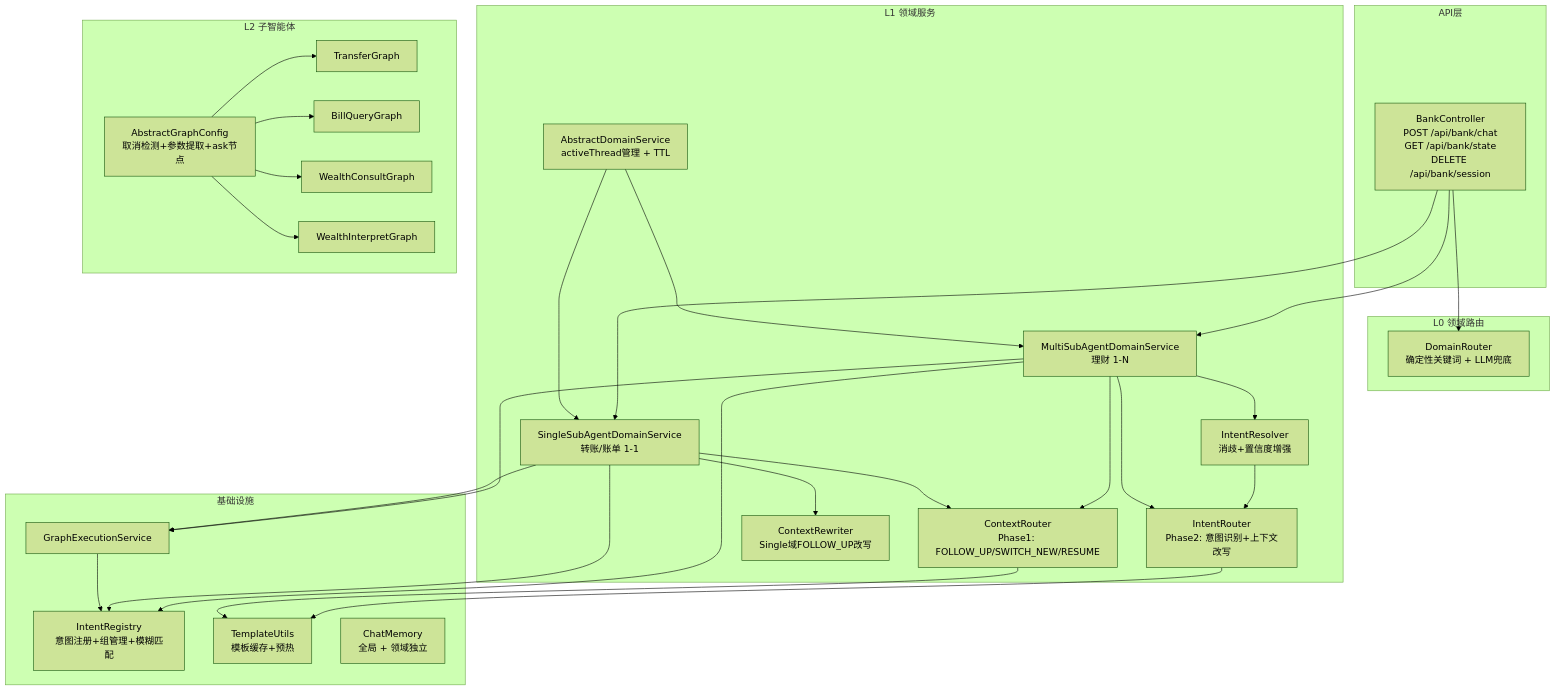
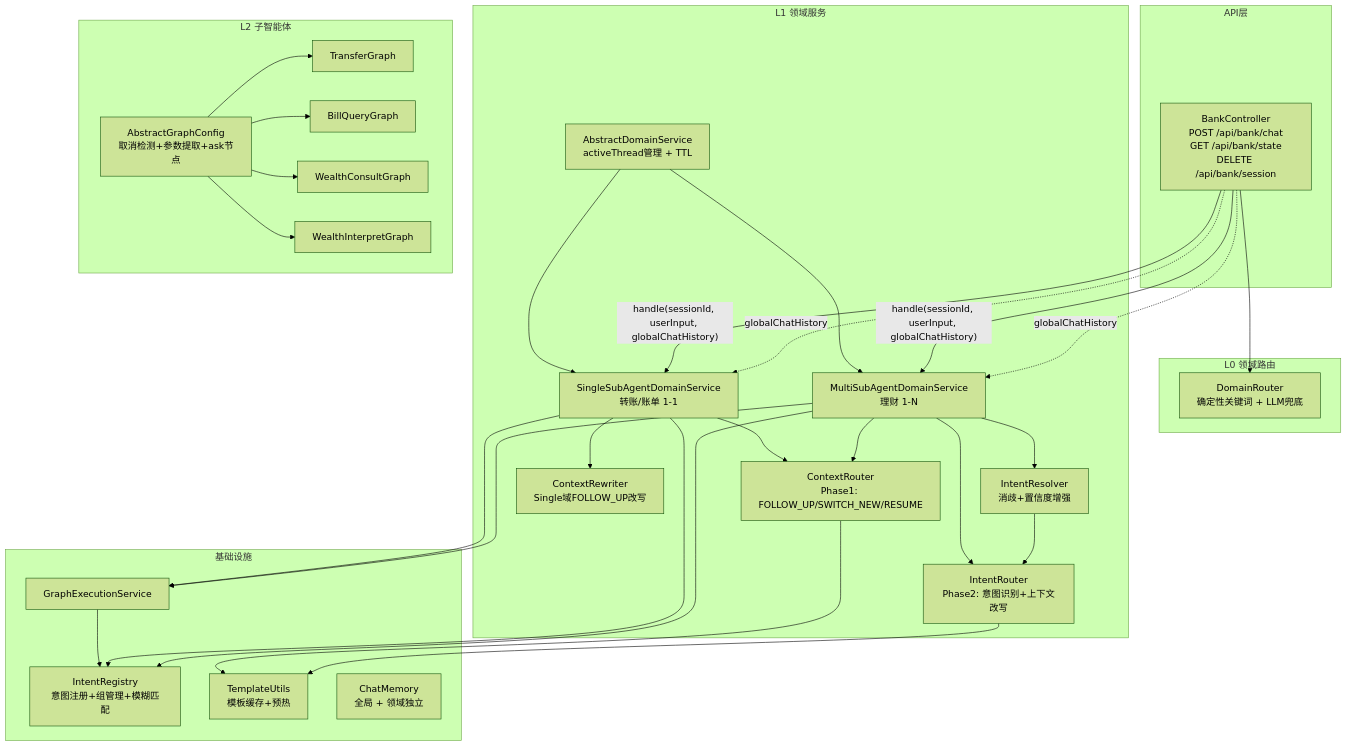
One commit to michael-lin-45/mobile-ai-bank-demo---workbuddy changed the first of 18 diagrams in ARCHITECTURE-FULL.md. Above: the diagram before and after it, drawn with Mermaid (forest theme). The commit also changed other lines of this file and 15 other files, not shown here.

````diff
--- a/ARCHITECTURE-FULL.md
+++ b/ARCHITECTURE-FULL.md
@@ -48,50 +52,53 @@
 ```mermaid
 graph TB
     subgraph API["API层"]
         BC[BankController<br/>POST /api/bank/chat<br/>GET /api/bank/state<br/>DELETE /api/bank/session]
     end
 
     subgraph L0["L0 领域路由"]
         DR[DomainRouter<br/>确定性关键词 + LLM兜底]
     end
 
     subgraph L1["L1 领域服务"]
         ADS[AbstractDomainService<br/>activeThread管理 + TTL]
         SSAD[SingleSubAgentDomainService<br/>转账/账单 1-1]
         MSAD[MultiSubAgentDomainService<br/>理财 1-N]
         
         ADS --> SSAD
         ADS --> MSAD
         
         CR[ContextRouter<br/>Phase1: FOLLOW_UP/SWITCH_NEW/RESUME]
         IR[IntentRouter<br/>Phase2: 意图识别+上下文改写]
         IRes[IntentResolver<br/>消歧+置信度增强]
         CW[ContextRewriter<br/>Single域FOLLOW_UP改写]
     end
 
     subgraph L2["L2 子智能体"]
         AGC[AbstractGraphConfig<br/>取消检测+参数提取+ask节点]
         TG[TransferGraph]
         BG[BillQueryGraph]
         WCG[WealthConsultGraph]
         WIG[WealthInterpretGraph]
         
         AGC --> TG & BG & WCG & WIG
     end
 
     subgraph Infra["基础设施"]
         GES[GraphExecutionService]
         IReg[IntentRegistry<br/>意图注册+组管理+模糊匹配]
         TU[TemplateUtils<br/>模板缓存+预热]
         CM[ChatMemory<br/>全局 + 领域独立]
     end
 
     BC --> DR
-    BC --> SSAD & MSAD
+    BC -->|"handle(sessionId, userInput, globalChatHistory)"| SSAD & MSAD
     SSAD --> CR & CW & GES
     MSAD --> CR & IR & IRes & GES
     IRes --> IR
     GES --> IReg
     SSAD & MSAD --> IReg
     CR & IR --> TU
+    
+    BC -.->|"globalChatHistory"| SSAD
+    BC -.->|"globalChatHistory"| MSAD
 ```
````
